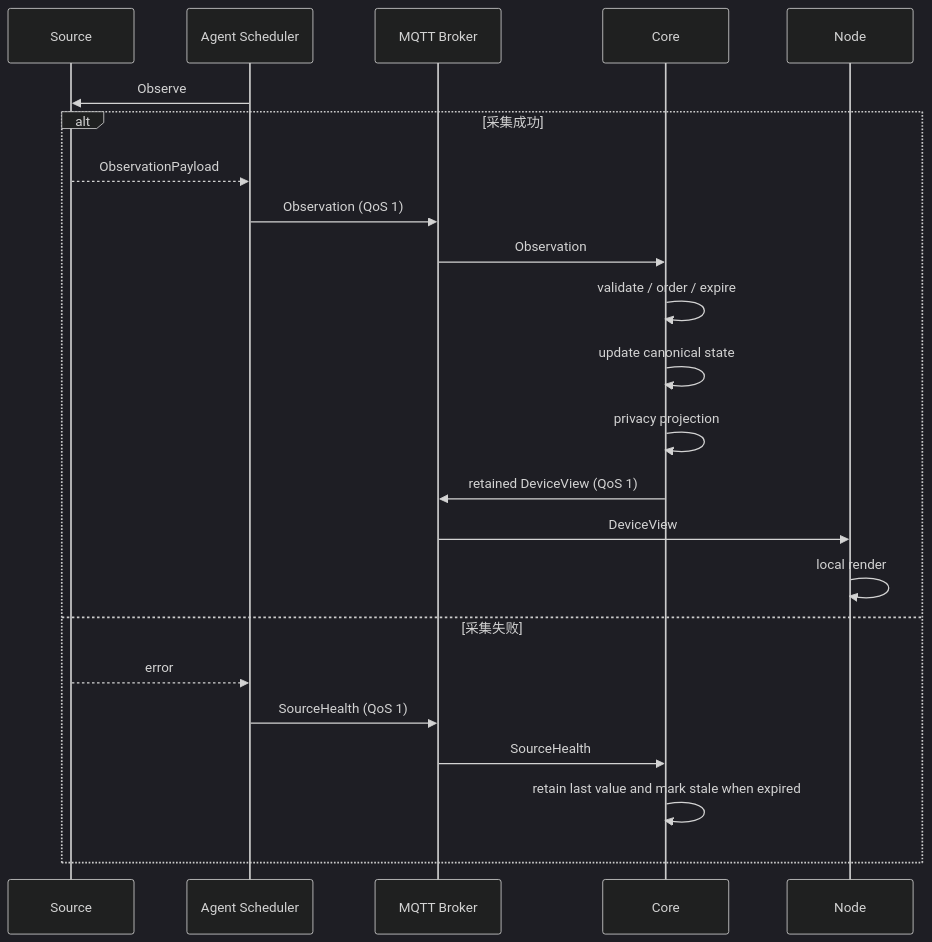
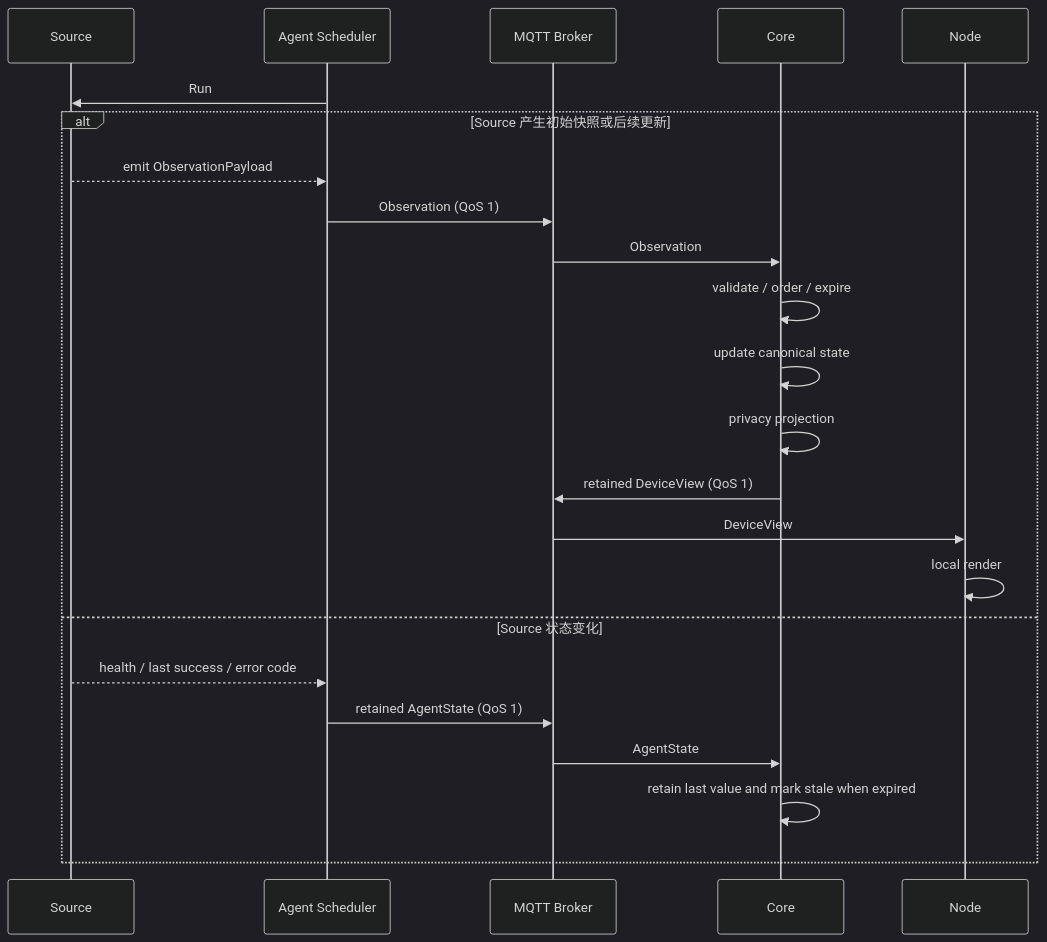
The fourth of 4 diagrams in docs/design.md (leowzz/orbit), drawn with Mermaid (dark theme) before and after one commit. The commit also changed other lines of this file and 3 other files, not shown here.

````diff
--- a/docs/design.md
+++ b/docs/design.md
@@ -368,26 +366,26 @@
 ```mermaid
 sequenceDiagram
     participant Source
     participant Agent as Agent Scheduler
     participant MQTT as MQTT Broker
     participant Core
     participant Node
 
-    Agent->>Source: Observe
-    alt 采集成功
-        Source-->>Agent: ObservationPayload
+    Agent->>Source: Run
+    alt Source 产生初始快照或后续更新
+        Source-->>Agent: emit ObservationPayload
         Agent->>MQTT: Observation (QoS 1)
         MQTT->>Core: Observation
         Core->>Core: validate / order / expire
         Core->>Core: update canonical state
         Core->>Core: privacy projection
         Core->>MQTT: retained DeviceView (QoS 1)
         MQTT->>Node: DeviceView
         Node->>Node: local render
-    else 采集失败
-        Source-->>Agent: error
-        Agent->>MQTT: SourceHealth (QoS 1)
-        MQTT->>Core: SourceHealth
+    else Source 状态变化
+        Source-->>Agent: health / last success / error code
+        Agent->>MQTT: retained AgentState (QoS 1)
+        MQTT->>Core: AgentState
         Core->>Core: retain last value and mark stale when expired
     end
 ```
````
